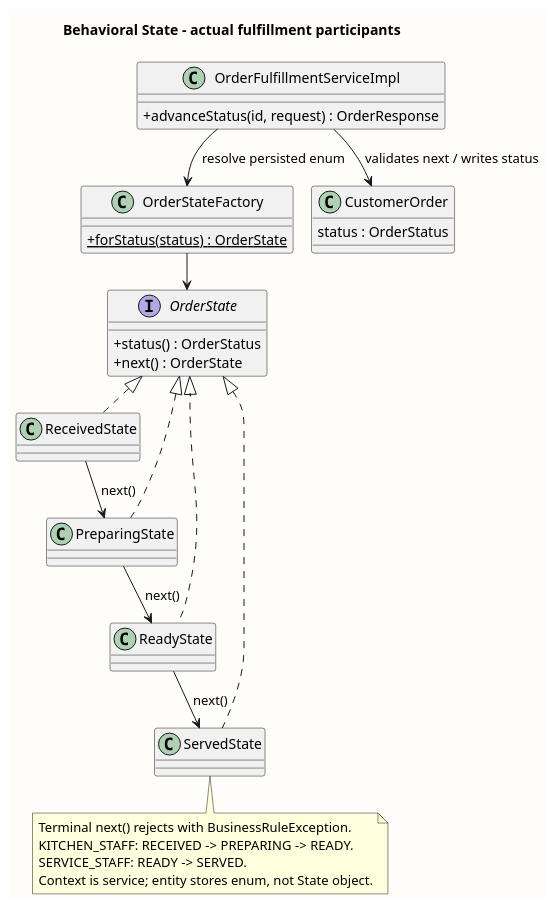
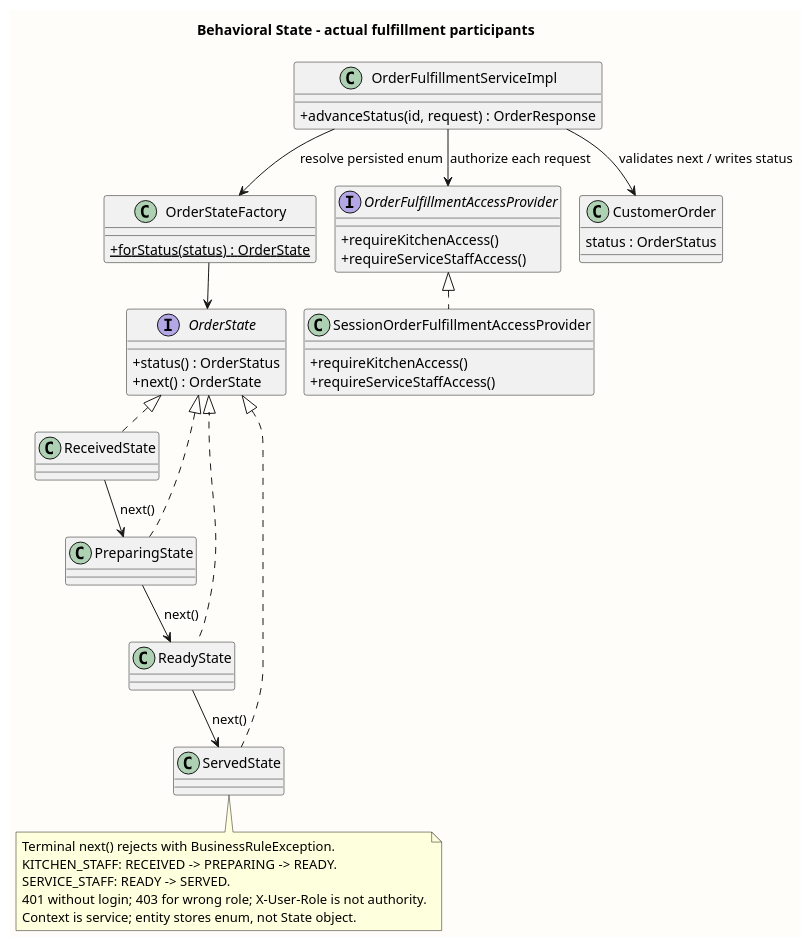
One commit to PavaritPramual/buffet-restaurant-management-system changed the diagram in doc/diagrams/class-order-state.puml. Above: the diagram before and after it, drawn with PlantUML. The commit also changed 48 other files, not shown here.

```diff
--- a/doc/diagrams/class-order-state.puml
+++ b/doc/diagrams/class-order-state.puml
@@ -1,41 +1,52 @@
 @startuml
 !pragma layout smetana
 skinparam shadowing false
 skinparam classAttributeIconSize 0
 skinparam backgroundColor #FFFDF9
 skinparam defaultFontName Tahoma
 title Behavioral State - actual fulfillment participants
 interface OrderState {
  +status() : OrderStatus
  +next() : OrderState
 }
 class ReceivedState
 class PreparingState
 class ReadyState
 class ServedState
 class OrderStateFactory {
  +{static} forStatus(status) : OrderState
 }
 class OrderFulfillmentServiceImpl {
  +advanceStatus(id, request) : OrderResponse
 }
+interface OrderFulfillmentAccessProvider {
+ +requireKitchenAccess()
+ +requireServiceStaffAccess()
+}
+class SessionOrderFulfillmentAccessProvider {
+ +requireKitchenAccess()
+ +requireServiceStaffAccess()
+}
 class CustomerOrder {
  status : OrderStatus
 }
 OrderState <|.. ReceivedState
 OrderState <|.. PreparingState
 OrderState <|.. ReadyState
 OrderState <|.. ServedState
 ReceivedState --> PreparingState : next()
 PreparingState --> ReadyState : next()
 ReadyState --> ServedState : next()
 OrderFulfillmentServiceImpl --> OrderStateFactory : resolve persisted enum
 OrderStateFactory --> OrderState
 OrderFulfillmentServiceImpl --> CustomerOrder : validates next / writes status
+OrderFulfillmentServiceImpl --> OrderFulfillmentAccessProvider : authorize each request
+OrderFulfillmentAccessProvider <|.. SessionOrderFulfillmentAccessProvider
 note bottom of ServedState
  Terminal next() rejects with BusinessRuleException.
  KITCHEN_STAFF: RECEIVED -> PREPARING -> READY.
  SERVICE_STAFF: READY -> SERVED.
+ 401 without login; 403 for wrong role; X-User-Role is not authority.
  Context is service; entity stores enum, not State object.
 end note
 @enduml
```
